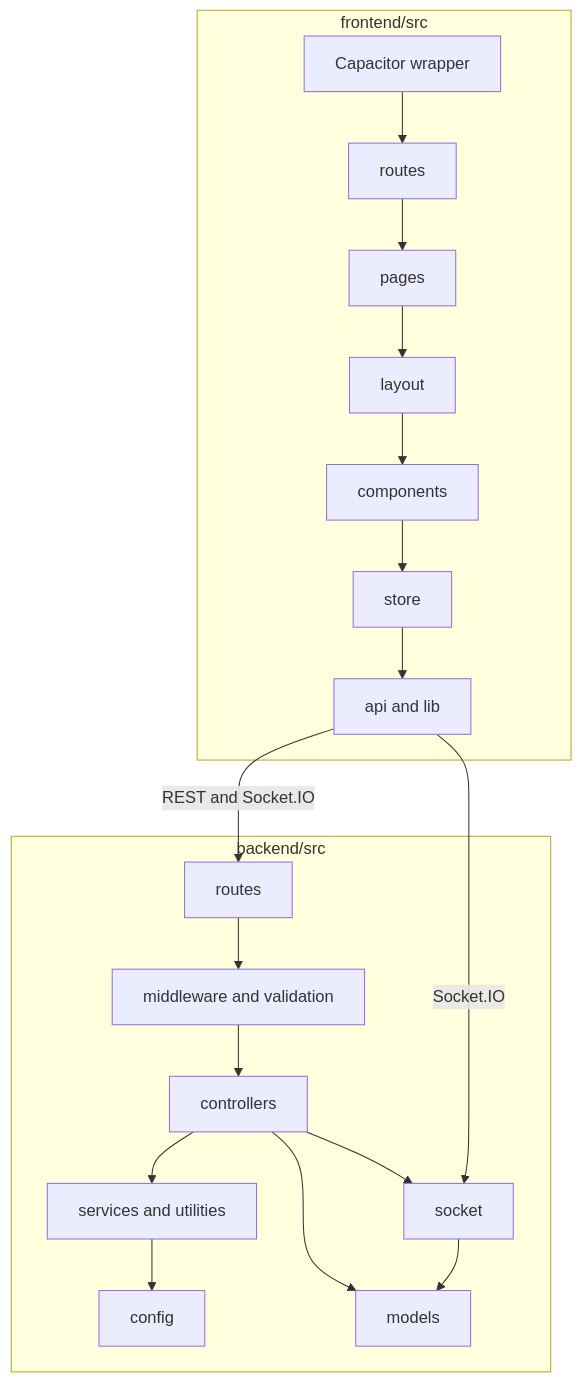
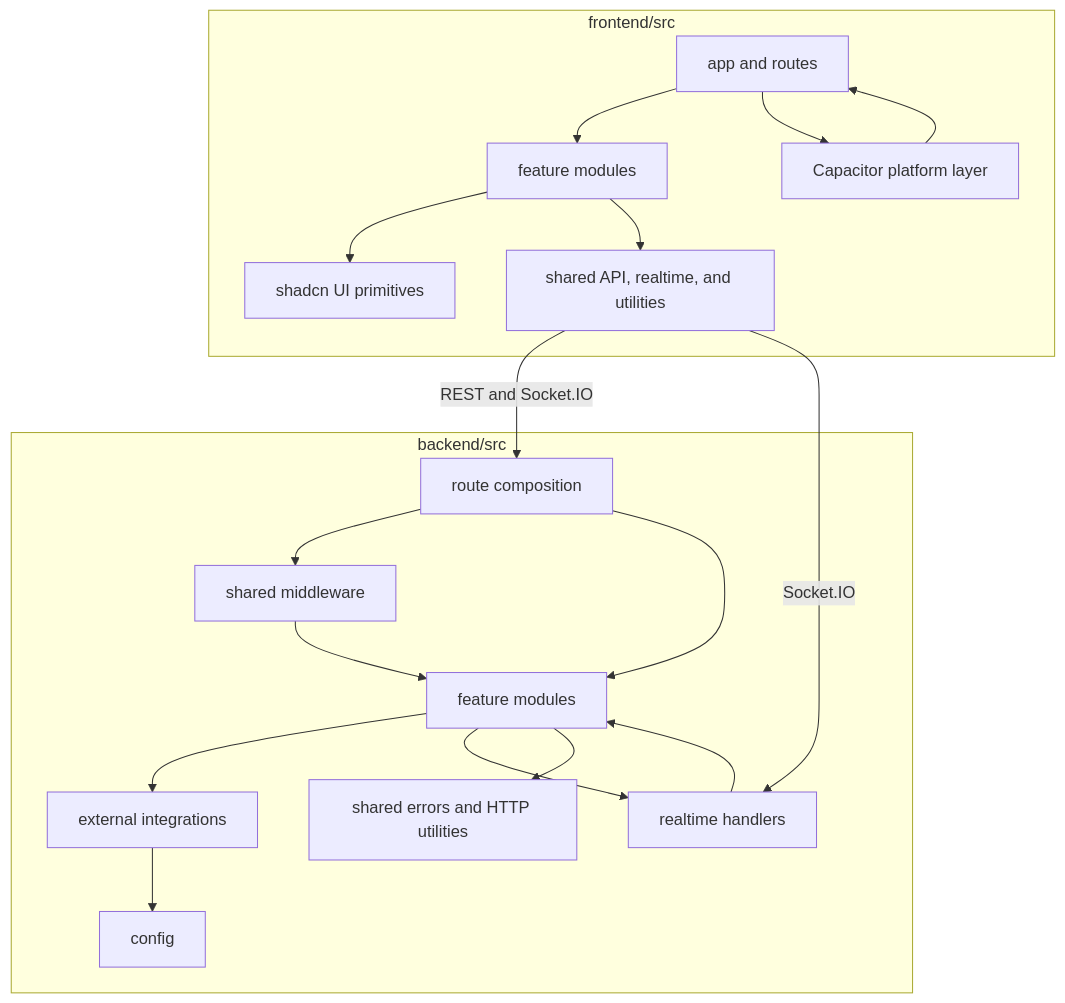
Before and after one commit to Saurav11343/click-chat: the tenth of 26 diagrams in docs/10-diagram-catalog.md, drawn with Mermaid. The commit also changed other lines of this file and 183 other files, not shown here.

````diff
--- a/docs/10-diagram-catalog.md
+++ b/docs/10-diagram-catalog.md
@@ -330,40 +331,38 @@
 ```mermaid
 flowchart TB
     subgraph Frontend["frontend/src"]
-        FrontRoutes["routes"]
-        FrontPages["pages"]
-        FrontLayout["layout"]
-        FrontComponents["components"]
-        FrontStores["store"]
-        FrontLib["api and lib"]
-        FrontAndroid["Capacitor wrapper"]
+        FrontApp["app and routes"]
+        FrontFeatures["feature modules"]
+        FrontUI["shadcn UI primitives"]
+        FrontShared["shared API, realtime, and utilities"]
+        FrontPlatform["Capacitor platform layer"]
 
-        FrontRoutes --> FrontPages
-        FrontPages --> FrontLayout
-        FrontLayout --> FrontComponents
-        FrontComponents --> FrontStores
-        FrontStores --> FrontLib
+        FrontApp --> FrontFeatures
+        FrontFeatures --> FrontUI
+        FrontFeatures --> FrontShared
+        FrontApp --> FrontPlatform
     end
 
     subgraph Backend["backend/src"]
-        BackRoutes["routes"]
-        BackMiddleware["middleware and validation"]
-        BackControllers["controllers"]
-        BackServices["services and utilities"]
-        BackModels["models"]
-        BackSocket["socket"]
+        BackRoutes["route composition"]
+        BackMiddleware["shared middleware"]
+        BackModules["feature modules"]
+        BackIntegrations["external integrations"]
+        BackRealtime["realtime handlers"]
+        BackShared["shared errors and HTTP utilities"]
         BackConfig["config"]
 
         BackRoutes --> BackMiddleware
-        BackMiddleware --> BackControllers
-        BackControllers --> BackServices
-        BackControllers --> BackModels
-        BackControllers --> BackSocket
-        BackSocket --> BackModels
-        BackServices --> BackConfig
+        BackMiddleware --> BackModules
+        BackRoutes --> BackModules
+        BackModules --> BackIntegrations
+        BackModules --> BackRealtime
+        BackModules --> BackShared
+        BackRealtime --> BackModules
+        BackIntegrations --> BackConfig
     end
 
-    FrontLib -->|"REST and Socket.IO"| BackRoutes
-    FrontLib -->|"Socket.IO"| BackSocket
-    FrontAndroid --> FrontRoutes
+    FrontShared -->|"REST and Socket.IO"| BackRoutes
+    FrontShared -->|"Socket.IO"| BackRealtime
+    FrontPlatform --> FrontApp
 ```
````
